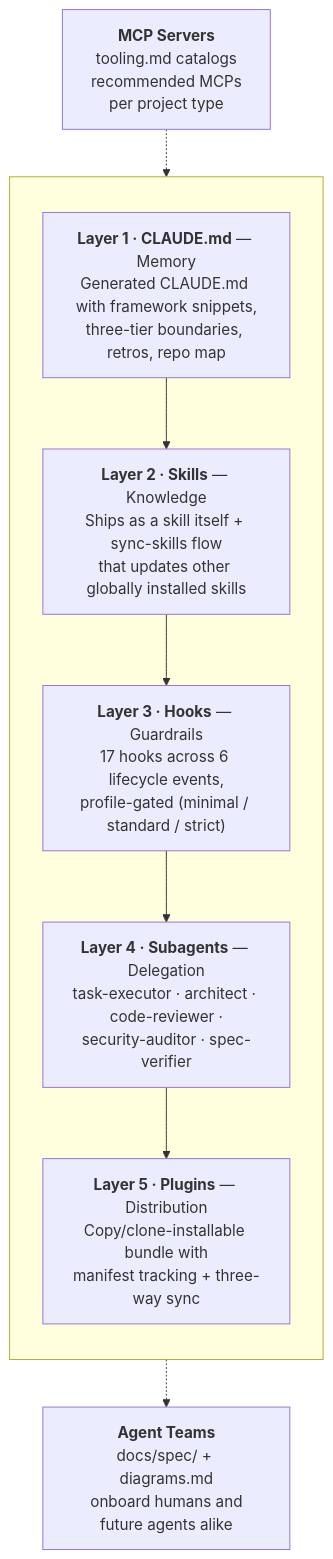
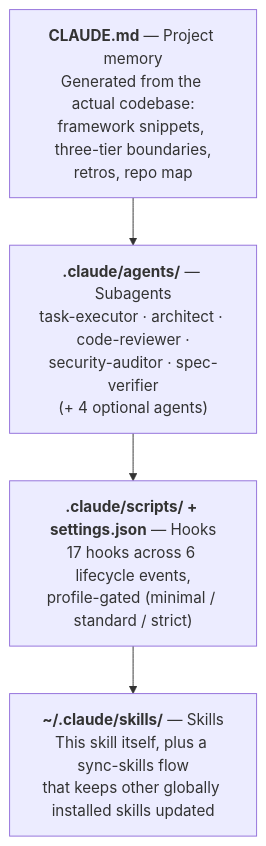
The diagram in README.md (tkdtaylor/create-project), drawn with Mermaid before and after one commit. The commit also changed other lines of this file, not shown here.

Commit message:
Reframe 'Across the Claude Code stack' section: drop MCP-as-entry-point and Agent Teams wrappers; describe the four real customization layers (CLAUDE.md, subagents, hooks, skills) with concrete paths

````diff
--- a/README.md
+++ b/README.md
@@ -29,18 +29,8 @@
 ```mermaid
 flowchart TB
-    MCP["<b>MCP Servers</b><br/>tooling.md catalogs<br/>recommended MCPs<br/>per project type"]
-    TEAMS["<b>Agent Teams</b><br/>docs/spec/ + diagrams.md<br/>onboard humans and<br/>future agents alike"]
-
-    subgraph STACK[" "]
-        direction TB
-        L1["<b>Layer 1 · CLAUDE.md</b> — Memory<br/>Generated CLAUDE.md with framework snippets,<br/>three-tier boundaries, retros, repo map"]
-        L2["<b>Layer 2 · Skills</b> — Knowledge<br/>Ships as a skill itself + sync-skills flow<br/>that updates other globally installed skills"]
-        L3["<b>Layer 3 · Hooks</b> — Guardrails<br/>17 hooks across 6 lifecycle events,<br/>profile-gated (minimal / standard / strict)"]
-        L4["<b>Layer 4 · Subagents</b> — Delegation<br/>task-executor · architect · code-reviewer ·<br/>security-auditor · spec-verifier"]
-        L5["<b>Layer 5 · Plugins</b> — Distribution<br/>Copy/clone-installable bundle with<br/>manifest tracking + three-way sync"]
-        L1 --> L2 --> L3 --> L4 --> L5
-    end
-
-    MCP -.-> STACK
-    STACK -.-> TEAMS
+    L1["<b>CLAUDE.md</b> — Project memory<br/>Generated from the actual codebase:<br/>framework snippets, three-tier boundaries,<br/>retros, repo map"]
+    L2["<b>.claude/agents/</b> — Subagents<br/>task-executor · architect · code-reviewer ·<br/>security-auditor · spec-verifier<br/>(+ 4 optional agents)"]
+    L3["<b>.claude/scripts/ + settings.json</b> — Hooks<br/>17 hooks across 6 lifecycle events,<br/>profile-gated (minimal / standard / strict)"]
+    L4["<b>~/.claude/skills/</b> — Skills<br/>This skill itself, plus a sync-skills flow<br/>that keeps other globally installed skills updated"]
+    L1 --> L2 --> L3 --> L4
 ```
````
